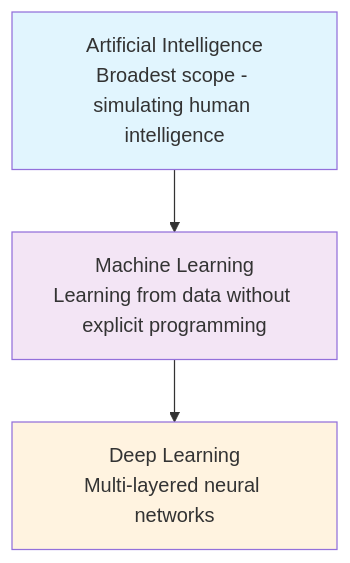
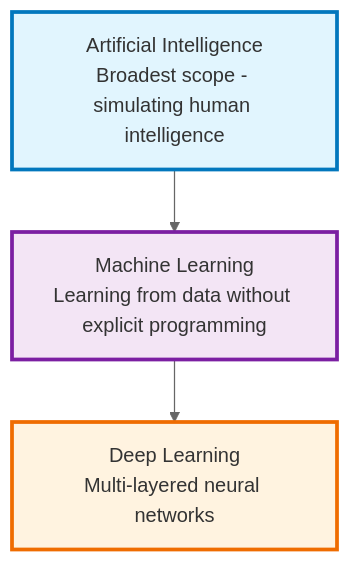
The first of 28 diagrams in llm_ai/ai_concepts_visualizations.md (kishorekkota/kishorekkota.github.io), drawn with Mermaid before and after one commit. The commit also changed other lines of this file and 5 other files, not shown here.

First line of the commit message:
Enhance Mermaid diagrams and fix syntax errors

````diff
--- a/llm_ai/ai_concepts_visualizations.md
+++ b/llm_ai/ai_concepts_visualizations.md
@@ -15,13 +15,16 @@
 ```mermaid
+%%{init: {'theme':'base', 'themeVariables': { 'primaryColor': '#ffffff', 'primaryTextColor': '#333333', 'primaryBorderColor': '#cccccc', 'lineColor': '#666666'}}}%%
 graph TB
     AI[Artificial Intelligence<br/>Broadest scope - simulating human intelligence]
     ML[Machine Learning<br/>Learning from data without explicit programming]
     DL[Deep Learning<br/>Multi-layered neural networks]
     
     AI --> ML
     ML --> DL
     
-    style AI fill:#e1f5fe
-    style ML fill:#f3e5f5
-    style DL fill:#fff3e0
+    style AI fill:#e1f5fe,stroke:#0277bd,stroke-width:3px
+    style ML fill:#f3e5f5,stroke:#7b1fa2,stroke-width:3px
+    style DL fill:#fff3e0,stroke:#ef6c00,stroke-width:3px
+
+
 ```
````
